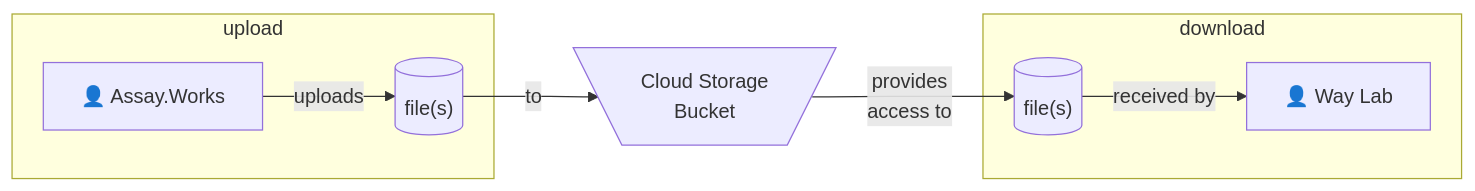
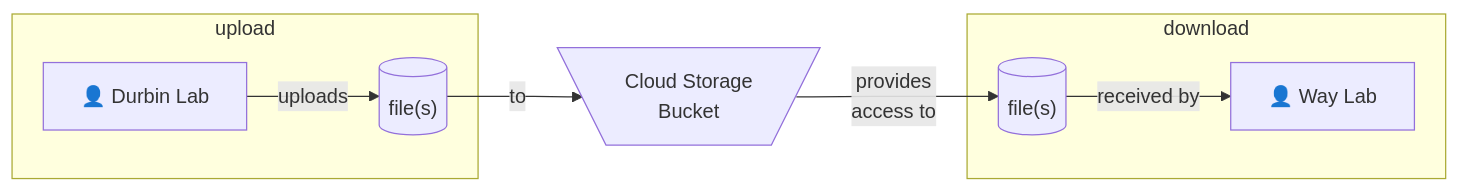
One commit to WayScience/gc-durbinlab-bucket changed the diagram in README.md. Above: the diagram before and after it, drawn with Mermaid. The commit also changed other lines of this file and 10 other files, not shown here.

````diff
--- a/README.md
+++ b/README.md
@@ -3,18 +3,18 @@
 ```mermaid
 flowchart LR
     subgraph upload
       files[("file(s)")]
-      assayworks["👤 Assay.Works"]
+      DurbinLab["👤 Durbin Lab"]
 
     end
     subgraph download
       waylab["👤 Way Lab"]
       files2[("file(s)")]
     end
     bucket[\"Cloud Storage\n Bucket"/]
     files --> |to| bucket
-    assayworks --> |uploads| files
+    DurbinLab --> |uploads| files
     bucket --> |provides\naccess to| files2
     files2 --> |received by| waylab
 
 ```
````
